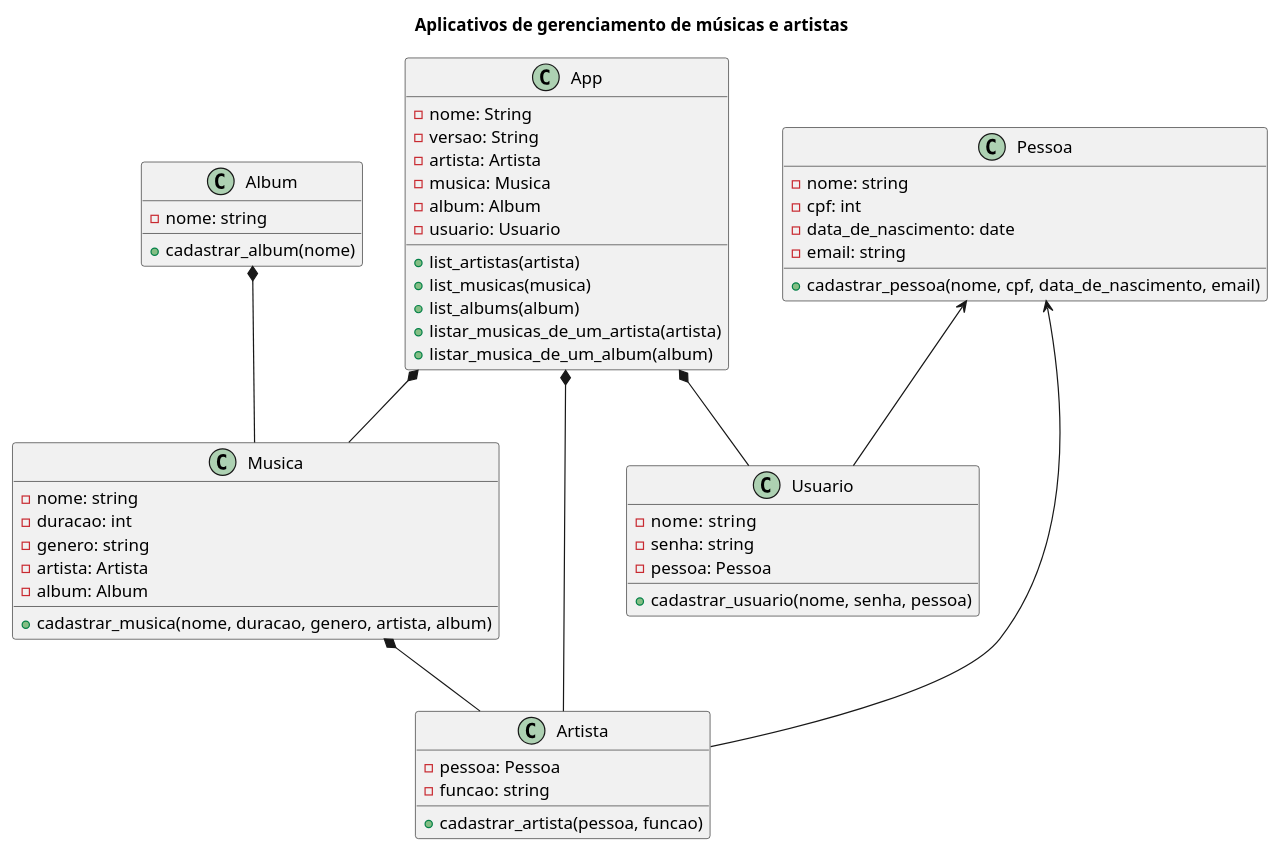
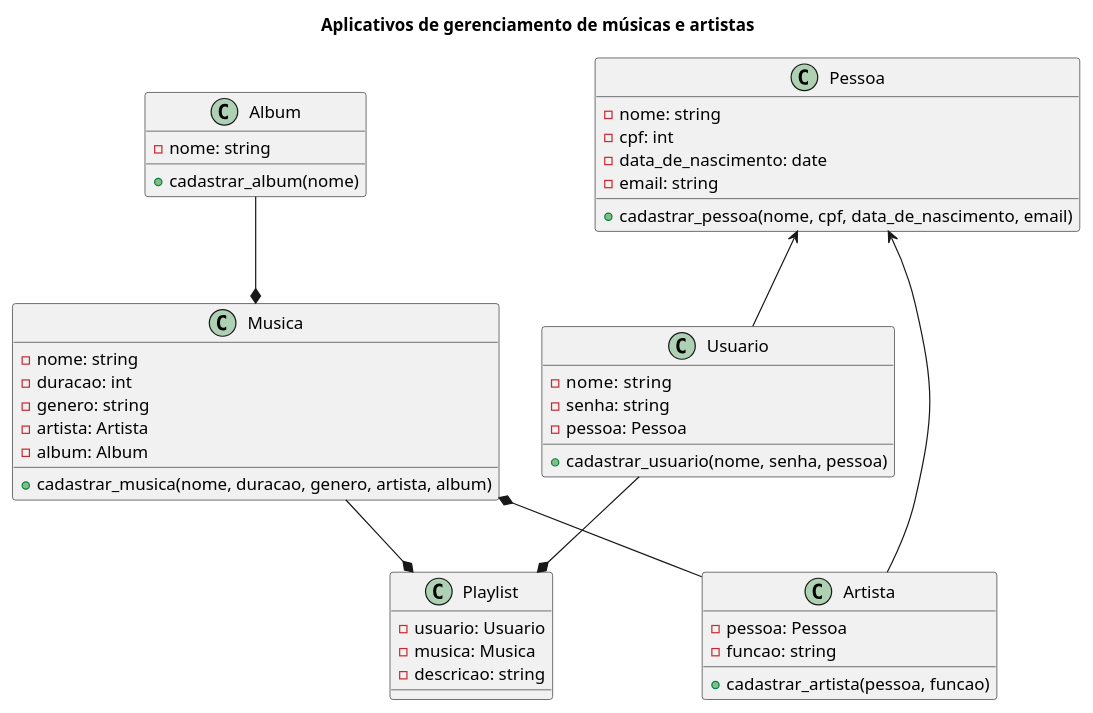
The diagram in music_app.plantuml (anleaes/2023-1-N2-POO-05), drawn with PlantUML before and after one commit.

Commit message:
update plamtuml

```diff
--- a/music_app.plantuml
+++ b/music_app.plantuml
@@ -1,61 +1,51 @@
 @startuml
 title Aplicativos de gerenciamento de músicas e artistas
-
-class App {
-    - nome: String
-    - versao: String
-    - artista: Artista
-    - musica: Musica
-    - album: Album
-    - usuario: Usuario
-    + list_artistas(artista)
-    + list_musicas(musica)
-    + list_albums(album)
-    + listar_musicas_de_um_artista(artista)
-    + listar_musica_de_um_album(album)
-}
 
 class Usuario {
     - nome:  string
     - senha: string
     - pessoa: Pessoa
     + cadastrar_usuario(nome, senha, pessoa)
+}
+
+class Playlist{
+    - usuario: Usuario
+    - musica: Musica
+    - descricao: string
 }
 
 class Musica{
     - nome: string
     - duracao: int
     - genero: string
     - artista: Artista
     - album: Album
     + cadastrar_musica(nome, duracao, genero, artista, album)
 }
 
 class Album{
     - nome: string
     + cadastrar_album(nome)
 }
 
 class Pessoa{
 - nome: string
 - cpf: int
 - data_de_nascimento: date
 - email: string
 + cadastrar_pessoa(nome, cpf, data_de_nascimento, email)
 }
 
 class Artista{
 - pessoa: Pessoa
 - funcao: string
 + cadastrar_artista(pessoa, funcao)
 }
-
-
-App *-- Musica
-App *-- Artista
-App *-- Usuario
+ 
 Pessoa <-- Usuario
 Pessoa <-- Artista
 Musica *-- Artista
-Album *-- Musica
+Album --* Musica
+Musica --* Playlist
+Usuario --* Playlist
 @enduml
```
